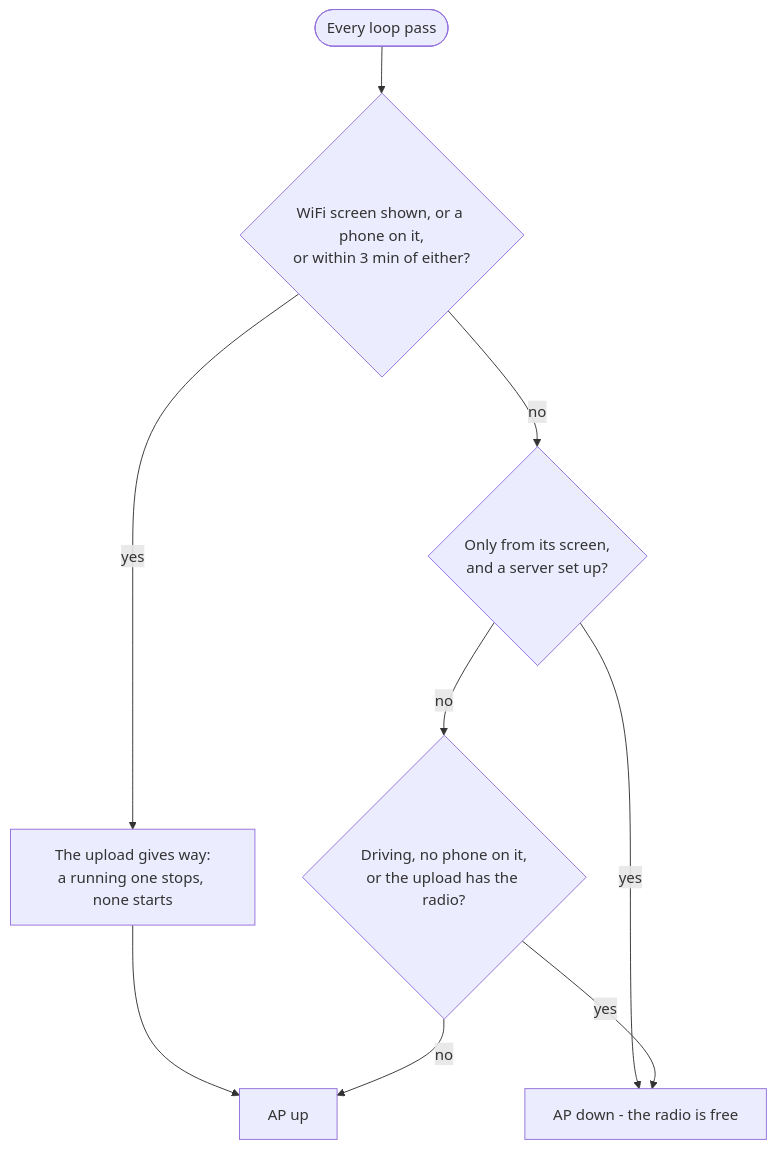
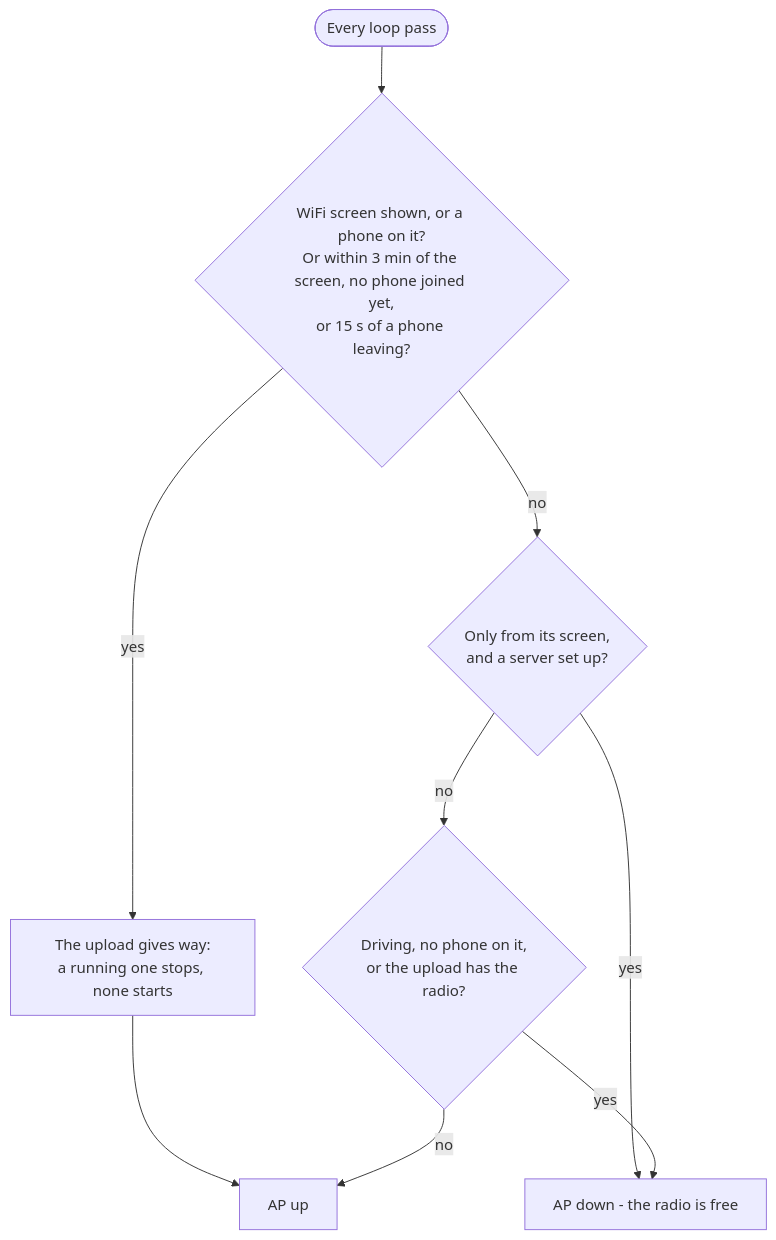
One commit to kubiq/n-gauge changed the third of 6 diagrams in docs/flows.md. Above: the diagram before and after it, drawn with Mermaid. The commit also changed 5 other files, not shown here.

````diff
--- a/docs/flows.md
+++ b/docs/flows.md
@@ -63,11 +63,11 @@
 ```mermaid
 flowchart TD
-  pass([Every loop pass]) --> asked{"WiFi screen shown, or a phone on it,<br/>or within 3 min of either?"}
+  pass([Every loop pass]) --> asked{"WiFi screen shown, or a phone on it?<br/>Or within 3 min of the screen, no phone joined yet,<br/>or 15 s of a phone leaving?"}
   asked -- yes --> giveway[The upload gives way:<br/>a running one stops, none starts]
   giveway --> up[AP up]
   asked -- no --> mode{"Only from its screen,<br/>and a server set up?"}
   mode -- yes --> down[AP down - the radio is free]
   mode -- no --> driving{"Driving, no phone on it,<br/>or the upload has the radio?"}
   driving -- yes --> down
   driving -- no --> up
 ```
````
